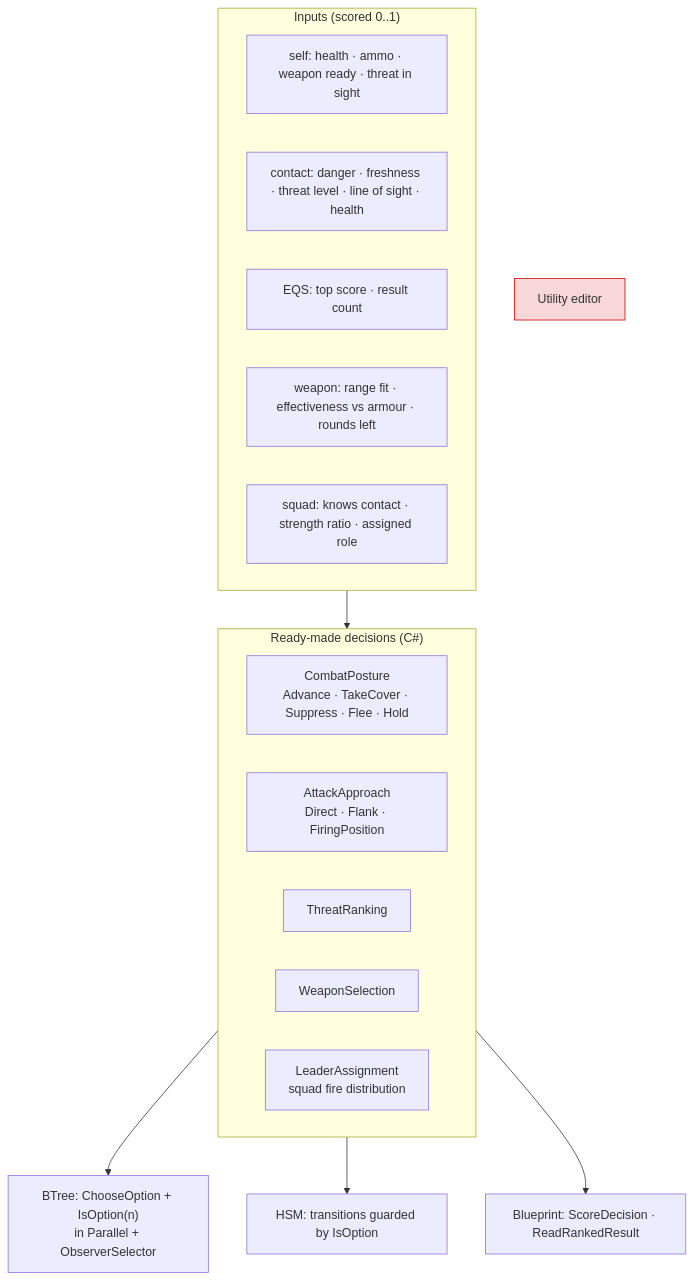
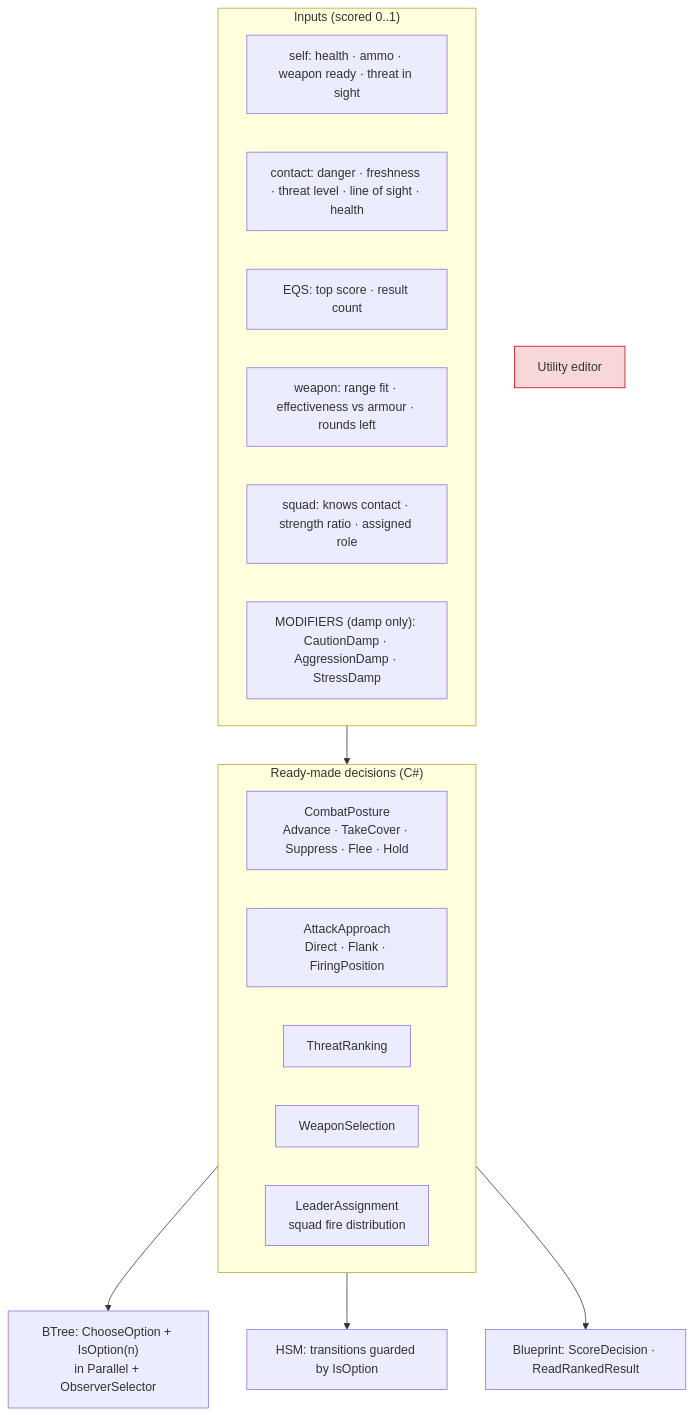
The third of 10 diagrams in docs/OVERVIEW_Behaviour_Building_Blocks.md (pjanec/HROT), drawn with Mermaid before and after one commit. The commit also changed other lines of this file and 16 other files, not shown here.

First line of the commit message:
TS-C (CE-2271, R-2075): temperament and stress damp the posture decision as MODIFIER considerations

````diff
--- a/docs/OVERVIEW_Behaviour_Building_Blocks.md
+++ b/docs/OVERVIEW_Behaviour_Building_Blocks.md
@@ -112,23 +112,24 @@
 ```mermaid
 graph TD
   subgraph DEC["Ready-made decisions (C#)"]
     D1["CombatPosture<br/>Advance · TakeCover · Suppress · Flee · Hold"]
     D2["AttackApproach<br/>Direct · Flank · FiringPosition"]
     D3["ThreatRanking"]
     D4["WeaponSelection"]
     D5["LeaderAssignment<br/>squad fire distribution"]
   end
   subgraph IN["Inputs (scored 0..1)"]
     I1["self: health · ammo · weapon ready · threat in sight"]
     I2["contact: danger · freshness · threat level · line of sight · health"]
     I3["EQS: top score · result count"]
     I4["weapon: range fit · effectiveness vs armour · rounds left"]
     I5["squad: knows contact · strength ratio · assigned role"]
+    I6["MODIFIERS (damp only): CautionDamp · AggressionDamp · StressDamp"]
   end
   IN --> DEC
   DEC --> BT["BTree: ChooseOption + IsOption(n)<br/>in Parallel + ObserverSelector"]
   DEC --> HSM["HSM: transitions guarded by IsOption"]
   DEC --> BP["Blueprint: ScoreDecision · ReadRankedResult"]
   ED["Utility editor"]:::missing
   classDef missing fill:#f8d7da,stroke:#c00
 ```
````
